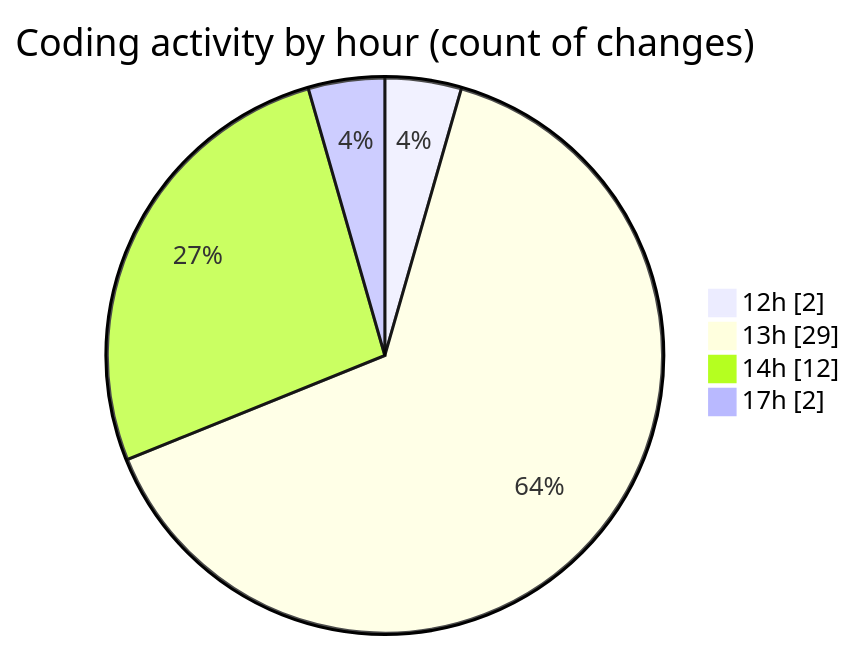
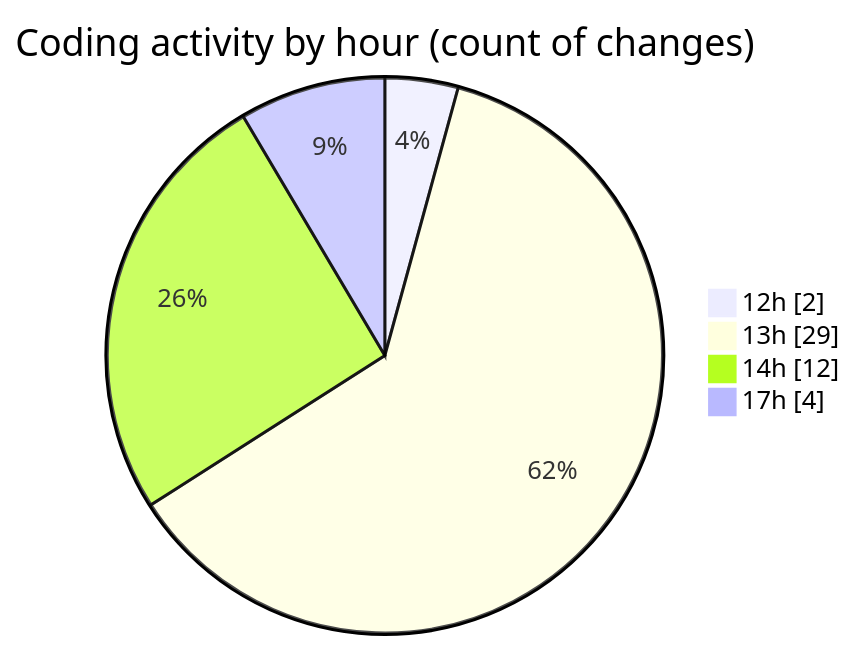
The second of 2 diagrams in 2025-06-20/studio-backend/README.md (idhammustaqopulfikri/code-tracking), drawn with Mermaid before and after one commit. The commit also changed other lines of this file and 1 other file, not shown here.

````diff
--- a/2025-06-20/studio-backend/README.md
+++ b/2025-06-20/studio-backend/README.md
@@ -35,8 +35,8 @@
 ```mermaid
 pie showData
 title Coding activity by hour (count of changes)
 "12h" : 2
 "13h" : 29
 "14h" : 12
-"17h" : 2
+"17h" : 4
 ```
````
